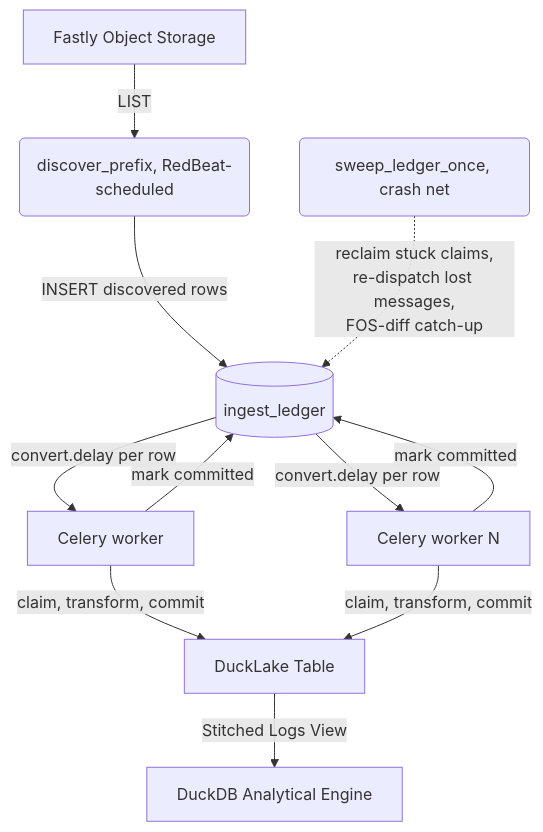
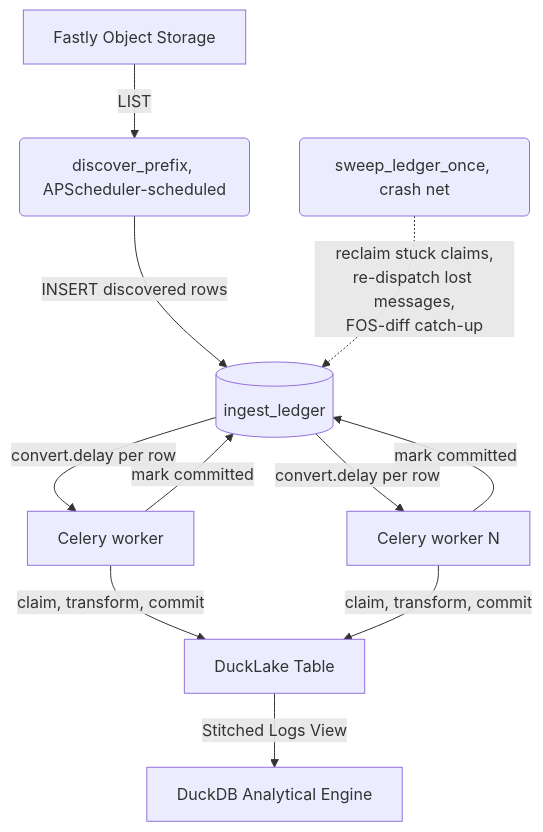
The second of 3 diagrams in docs/ARCHITECTURE.md (fastly/fastly-log-analytics), drawn with Mermaid before and after one commit. The commit also changed 52 other files, not shown here.

Commit message:
chore: remove RedBeat and SCHEDULER_MODE completely across stack

````diff
--- a/docs/ARCHITECTURE.md
+++ b/docs/ARCHITECTURE.md
@@ -90,11 +90,11 @@
 ```mermaid
 graph TD
-    A[Fastly Object Storage] -->|LIST| B(discover_prefix, RedBeat-scheduled)
+    A[Fastly Object Storage] -->|LIST| B(discover_prefix, APScheduler-scheduled)
     B -->|INSERT discovered rows| L[(ingest_ledger)]
     L -->|convert.delay per row| W1[Celery worker]
     L -->|convert.delay per row| W2[Celery worker N]
     W1 & W2 -->|claim, transform, commit| D[DuckLake Table]
     W1 & W2 -->|mark committed| L
     S(sweep_ledger_once, crash net) -.->|reclaim stuck claims,\nre-dispatch lost messages,\nFOS-diff catch-up| L
     D -->|Stitched Logs View| E[DuckDB Analytical Engine]
 ```
````
